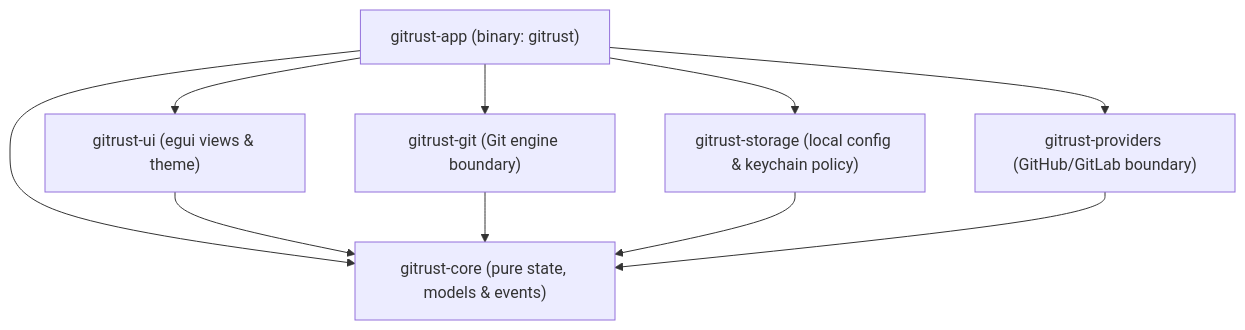
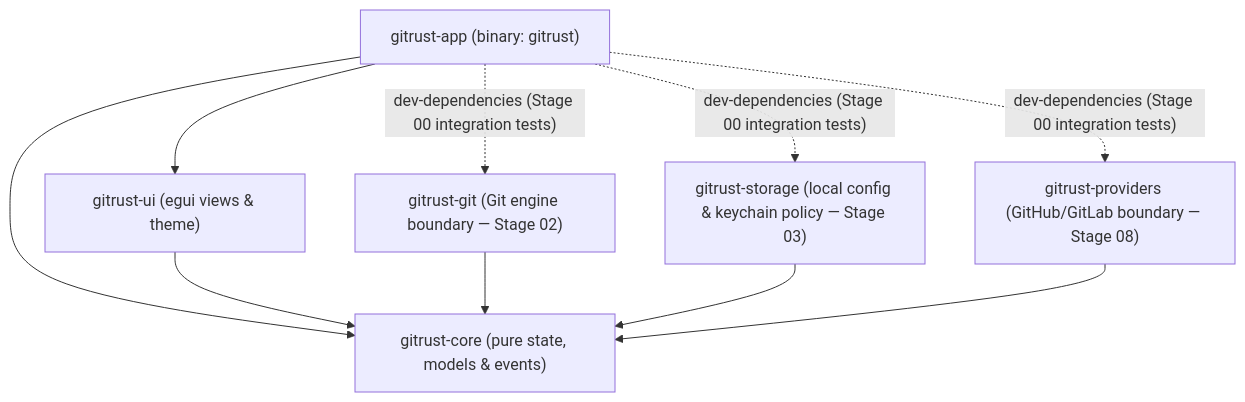
The diagram in docs/ARCHITECTURE.md (enthonyaraujo/gitRUST), drawn with Mermaid before and after one commit. The commit also changed other lines of this file and 7 other files, not shown here.

````diff
--- a/docs/ARCHITECTURE.md
+++ b/docs/ARCHITECTURE.md
@@ -20,19 +20,19 @@
 ```mermaid
 flowchart TD
     app["gitrust-app (binary: gitrust)"]
     ui["gitrust-ui (egui views & theme)"]
-    git["gitrust-git (Git engine boundary)"]
-    storage["gitrust-storage (local config & keychain policy)"]
-    providers["gitrust-providers (GitHub/GitLab boundary)"]
+    git["gitrust-git (Git engine boundary — Stage 02)"]
+    storage["gitrust-storage (local config & keychain policy — Stage 03)"]
+    providers["gitrust-providers (GitHub/GitLab boundary — Stage 08)"]
     core["gitrust-core (pure state, models & events)"]
 
     app --> ui
-    app --> git
-    app --> storage
-    app --> providers
     app --> core
+    app -.->|"dev-dependencies (Stage 00 integration tests)"| git
+    app -.->|"dev-dependencies (Stage 00 integration tests)"| storage
+    app -.->|"dev-dependencies (Stage 00 integration tests)"| providers
     ui --> core
     git --> core
     storage --> core
     providers --> core
 ```
````
